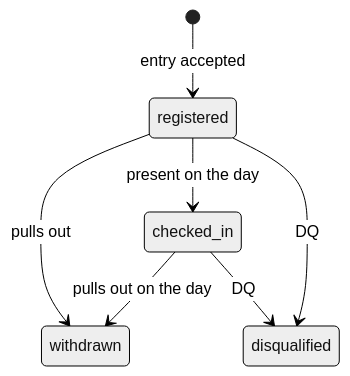
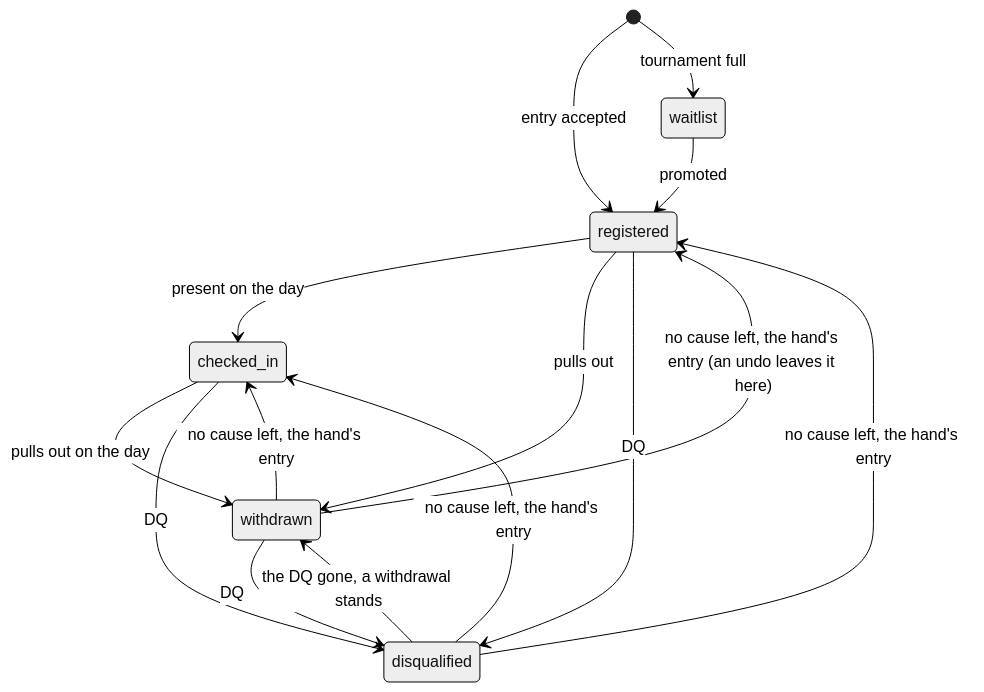
The fourth of 15 diagrams in docs/ARCHITECTURE.md (GrosTony6970/MyClash), drawn with Mermaid (neutral theme) before and after one commit. The commit also changed other lines of this file and 15 other files, not shown here.

````diff
--- a/docs/ARCHITECTURE.md
+++ b/docs/ARCHITECTURE.md
@@ -478,9 +478,17 @@
 ```mermaid
 stateDiagram-v2
   [*] --> registered: entry accepted
+  [*] --> waitlist: tournament full
+  waitlist --> registered: promoted
   registered --> checked_in: present on the day
   registered --> withdrawn: pulls out
   checked_in --> withdrawn: pulls out on the day
+  withdrawn --> registered: no cause left, the hand's entry (an undo leaves it here)
+  withdrawn --> checked_in: no cause left, the hand's entry
   checked_in --> disqualified: DQ
   registered --> disqualified: DQ
+  withdrawn --> disqualified: DQ
+  disqualified --> withdrawn: the DQ gone, a withdrawal stands
+  disqualified --> registered: no cause left, the hand's entry
+  disqualified --> checked_in: no cause left, the hand's entry
 ```
````
